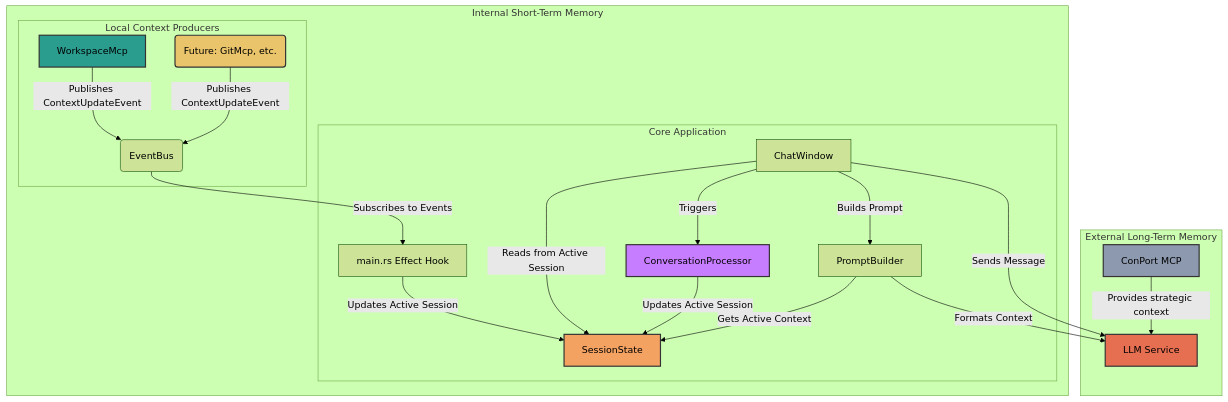
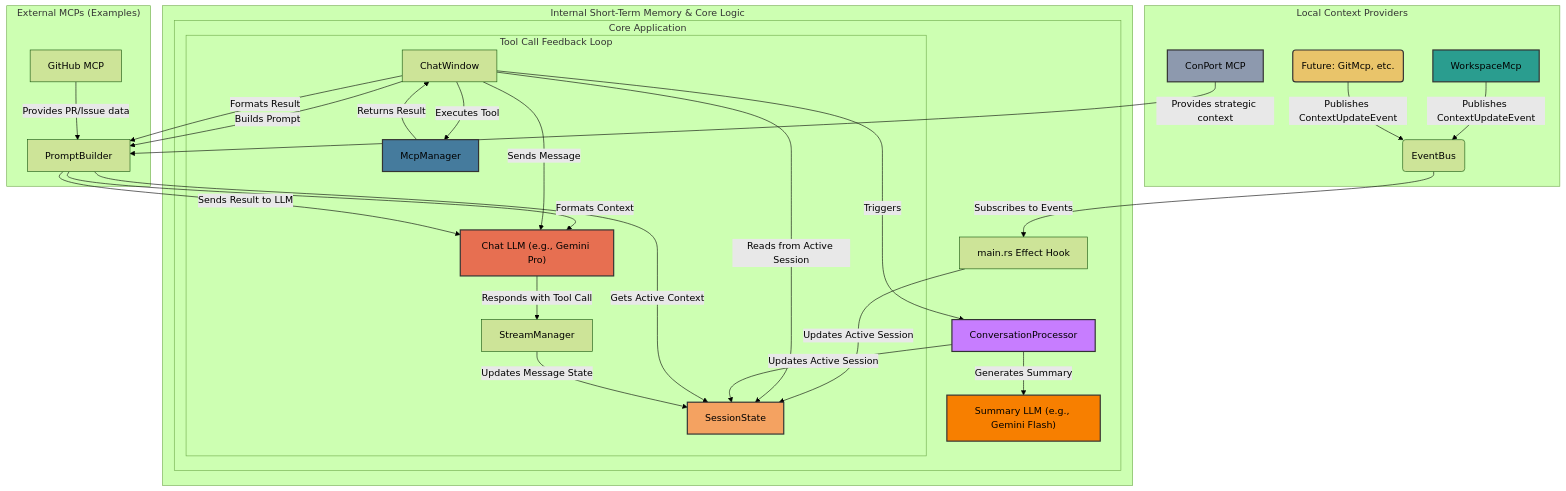
Before and after one commit to dustmoo/cai-hobbes: the diagram in ARCHITECTURE.md, drawn with Mermaid (forest theme). The commit also changed other lines of this file and 16 other files, not shown here.

````diff
--- a/ARCHITECTURE.md
+++ b/ARCHITECTURE.md
@@ -15,34 +15,48 @@
 ```mermaid
 graph TD
-    subgraph "External Long-Term Memory"
-        A[ConPort MCP] -- "Provides strategic context" --> I[LLM Service];
+    subgraph "External MCPs (Examples)"
+        Ext1[GitHub MCP] -- "Provides PR/Issue data" --> H[PromptBuilder];
     end
 
-    subgraph "Internal Short-Term Memory"
-        subgraph "Local Context Producers"
-            B[WorkspaceMcp] -->|Publishes ContextUpdateEvent| C(EventBus);
-            D(Future: GitMcp, etc.) -->|Publishes ContextUpdateEvent| C;
-        end
+    subgraph "Local Context Providers"
+        A[ConPort MCP] -- "Provides strategic context" --> H;
+        B[WorkspaceMcp] -->|Publishes ContextUpdateEvent| C(EventBus);
+        D(Future: GitMcp, etc.) -->|Publishes ContextUpdateEvent| C;
+    end
 
+    subgraph "Internal Short-Term Memory & Core Logic"
         subgraph "Core Application"
             C -->|Subscribes to Events| E[main.rs Effect Hook];
             E -->|Updates Active Session| F[SessionState];
             
             G[ChatWindow] -->|Reads from Active Session| F;
             G -->|Triggers| J[ConversationProcessor];
             J -->|Updates Active Session| F;
 
-            G -->|Builds Prompt| H[PromptBuilder];
+            G -->|Builds Prompt| H;
             H -->|Gets Active Context| F;
-            H -->|Formats Context| I;
-            G -->|Sends Message| I;
+            H -->|Formats Context| I["Chat LLM (e.g., Gemini Pro)"];
+            G -- "Sends Message" --> I;
+
+            J -- "Generates Summary" --> I2["Summary LLM (e.g., Gemini Flash)"];
+
+            subgraph "Tool Call Feedback Loop"
+                I -- "Responds with Tool Call" --> K[StreamManager];
+                K -- "Updates Message State" --> F;
+                G -- "Executes Tool" --> L[McpManager];
+                L -- "Returns Result" --> G;
+                G -- "Formats Result" --> H;
+                H -- "Sends Result to LLM" --> I;
+            end
         end
     end
 
     style A fill:#8d99ae,stroke:#333,stroke-width:2px
     style B fill:#2a9d8f,stroke:#333,stroke-width:2px
     style D fill:#e9c46a,stroke:#333,stroke-width:2px
     style J fill:#c77dff,stroke:#333,stroke-width:2px
     style F fill:#f4a261,stroke:#333,stroke-width:2px
     style I fill:#e76f51,stroke:#333,stroke-width:2px
+    style I2 fill:#f77f00,stroke:#333,stroke-width:2px
+    style L fill:#457b9d,stroke:#333,stroke-width:2px
 ```
````
